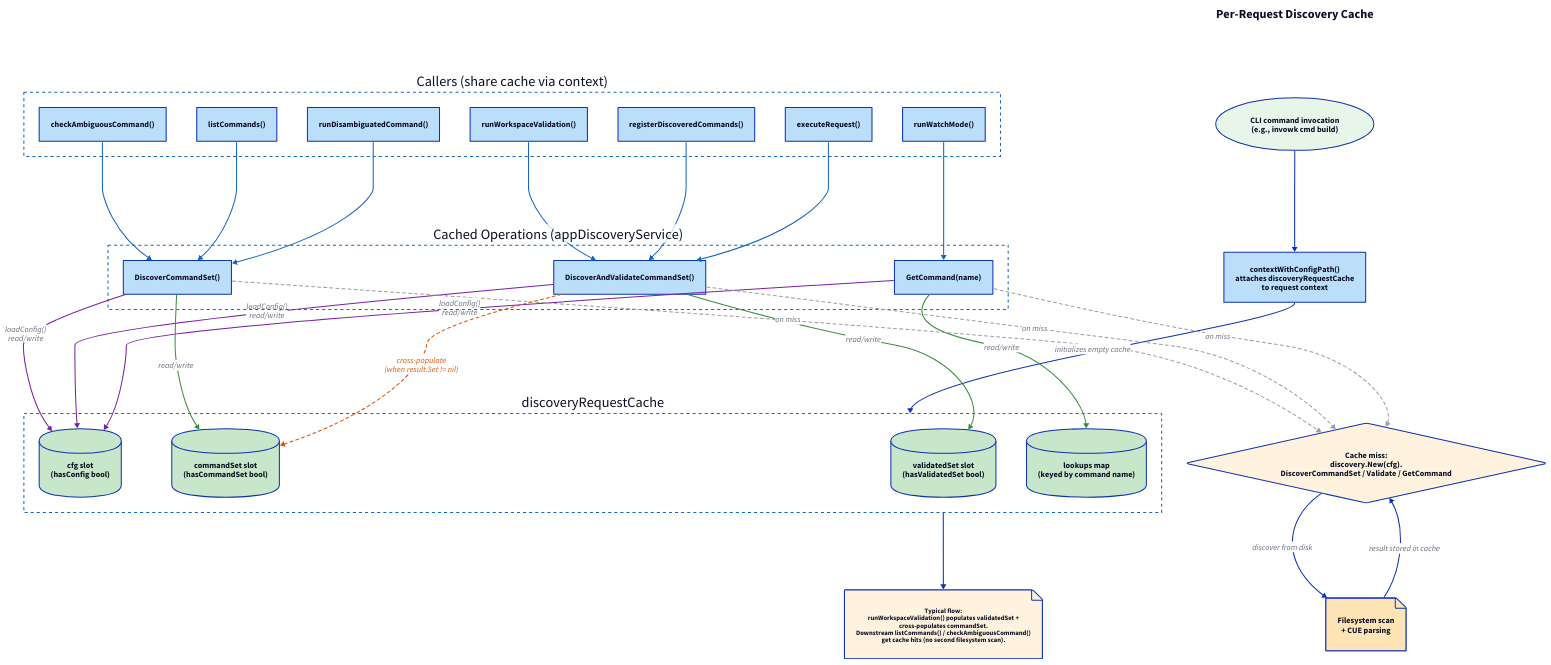
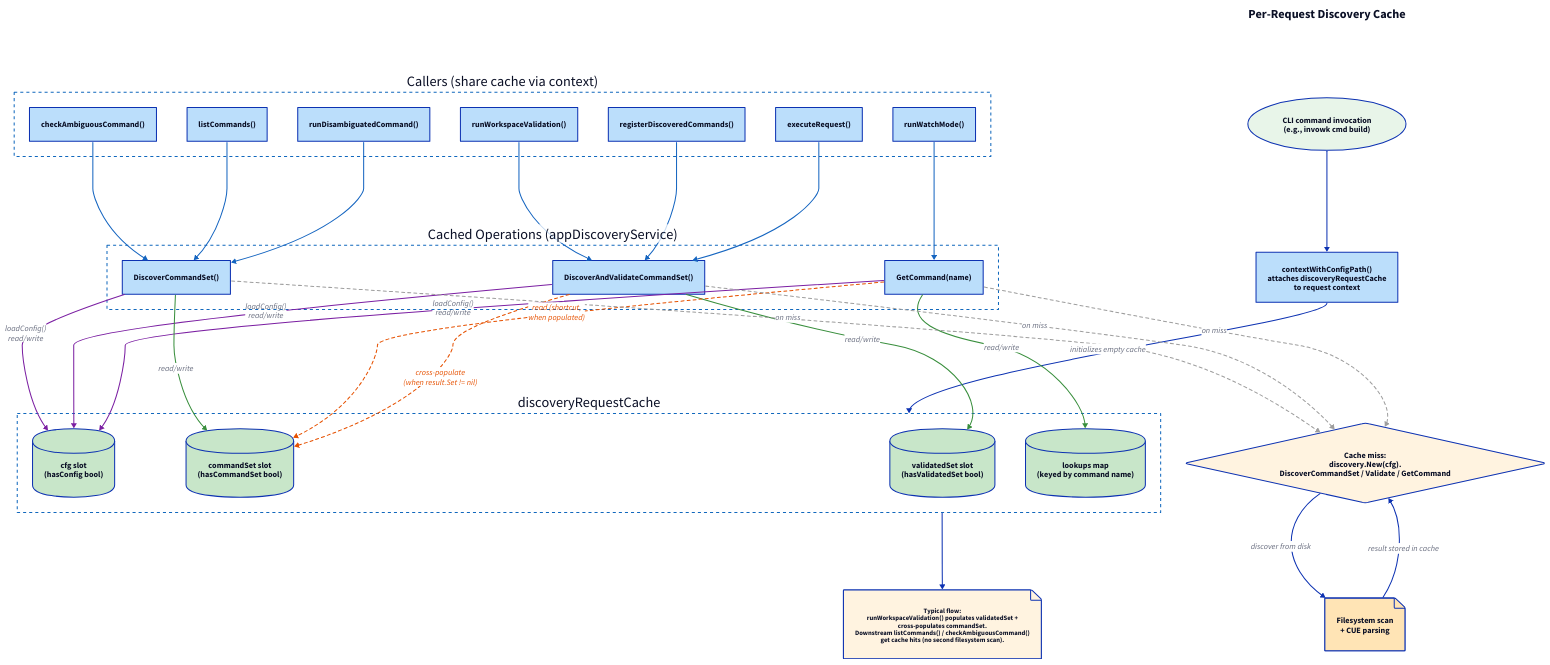
Before and after one commit to invowk/invowk: the diagram in docs/diagrams/flowcharts/discovery-cache.d2, drawn with D2. The commit also changed 5 other files, not shown here. The source asks for the TALA layout; these drawings use dagre instead.

```diff
--- a/docs/diagrams/flowcharts/discovery-cache.d2
+++ b/docs/diagrams/flowcharts/discovery-cache.d2
@@ -132,6 +132,14 @@
   style.stroke: "#388E3C"
 }
 
+operations.GetCommand -> cache.commandSet: read (shortcut,\nwhen populated) {
+  style: {
+    stroke: "#E65100"
+    stroke-dash: 3
+    font-color: "#E65100"
+  }
+}
+
 # Cross-population arrow (dashed)
 operations.DiscoverAndValidateCommandSet -> cache.commandSet: cross-populate\n(when result.Set != nil) {
   style: {
```
